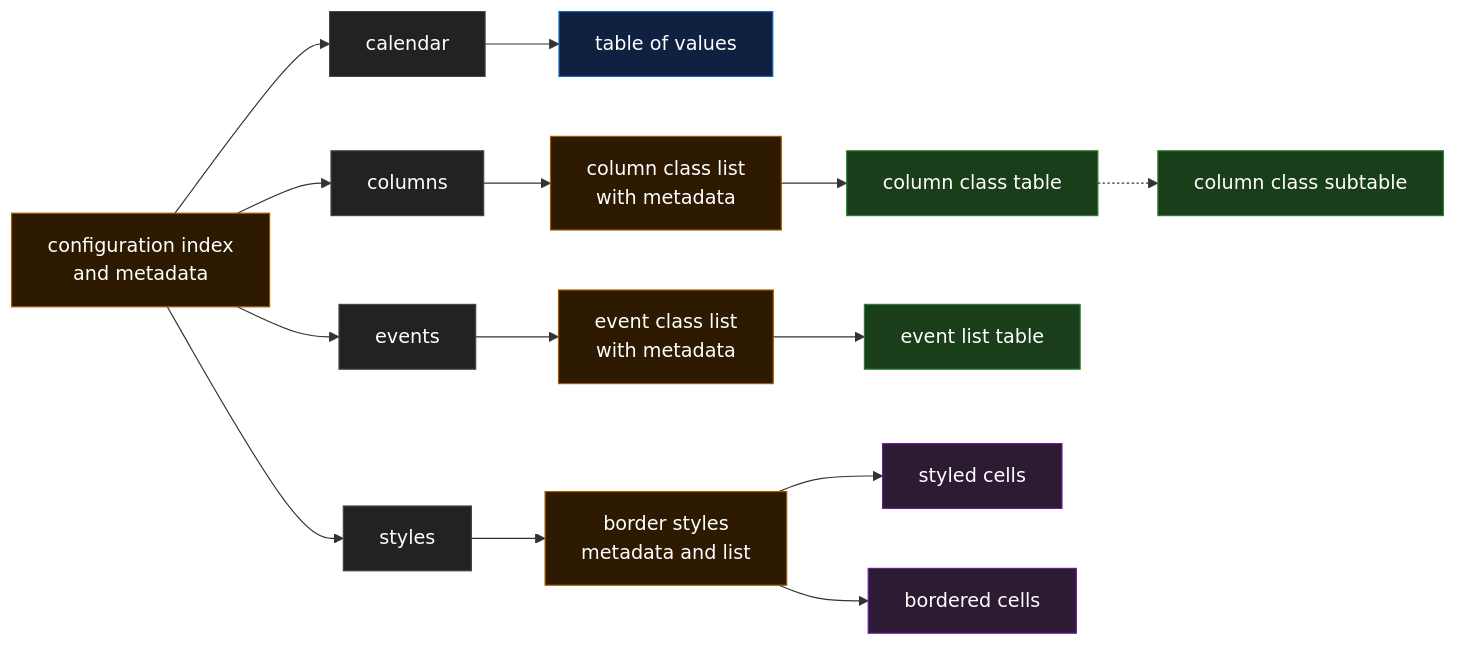
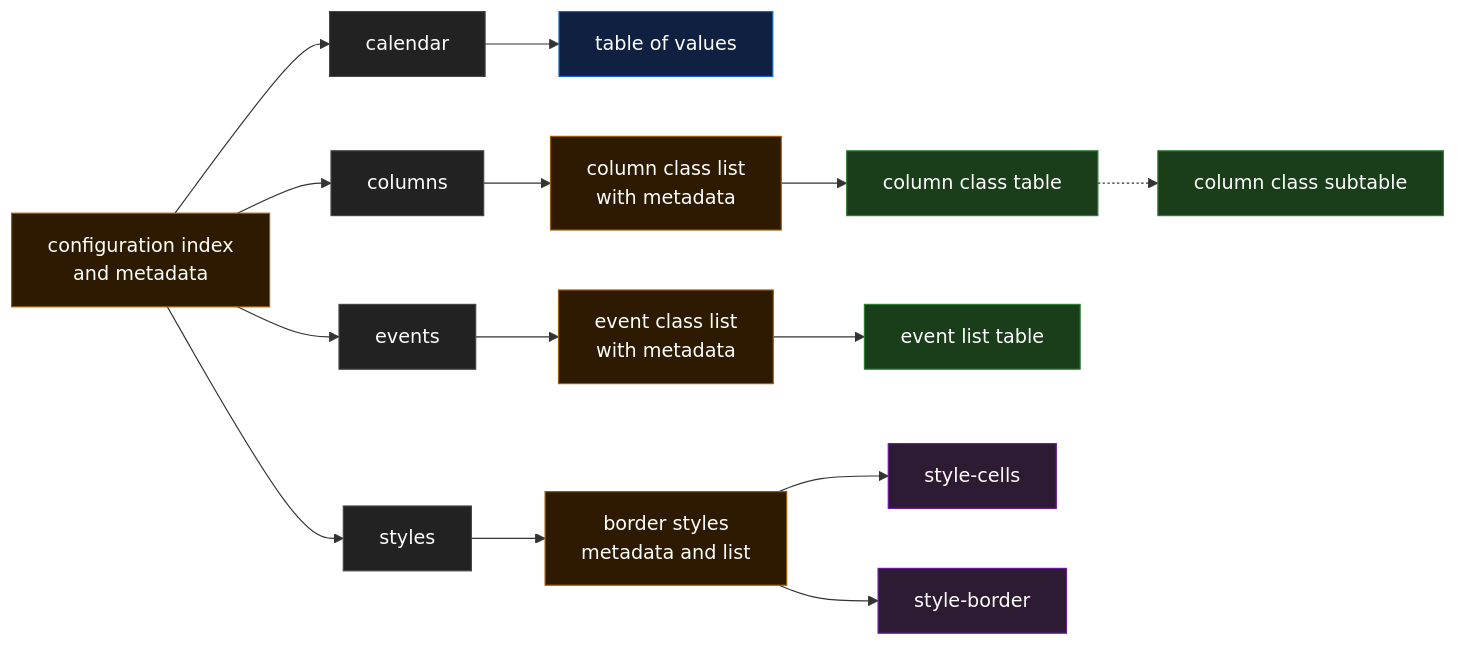
One commit to 3seasonal/coffee-salad changed the second of 2 diagrams in README.md. Above: the diagram before and after it, drawn with Mermaid. The commit also changed 3 other files, not shown here.

````diff
--- a/README.md
+++ b/README.md
@@ -135,27 +135,27 @@
 ```mermaid
 flowchart LR
     A[configuration index<br/>and metadata]:::orange --> B[calendar]:::grey
     A --> C[columns]:::grey
     A --> D[events]:::grey
     A --> E[styles]:::grey
 
     B --> F[table of values]:::blue
 
     C --> G[column class list<br/>with metadata]:::orange
     G --> H[column class table]:::green
     H -.-> I[column class subtable]:::green
 
     D --> J[event class list<br/>with metadata]:::orange
     J --> K[event list table]:::green
 
     E --> L[border styles<br/>metadata and list]:::orange
-    L --> M[styled cells]:::purple
-    L --> N[bordered cells]:::purple
+    L --> M[style-cells]:::purple
+    L --> N[style-border]:::purple
 
     classDef orange fill:#2d1a00,stroke:#a05a00,stroke-width:1px,color:#fff;
     classDef grey fill:#222,stroke:#444,stroke-width:1px,color:#fff;
     classDef green fill:#1a3d1a,stroke:#2e7d32,stroke-width:1px,color:#fff;
     classDef purple fill:#2d1a33,stroke:#6a1b9a,stroke-width:1px,color:#fff;
     classDef blue fill:#102040,stroke:#1565c0,stroke-width:1px,color:#fff;
 
 ```
````
